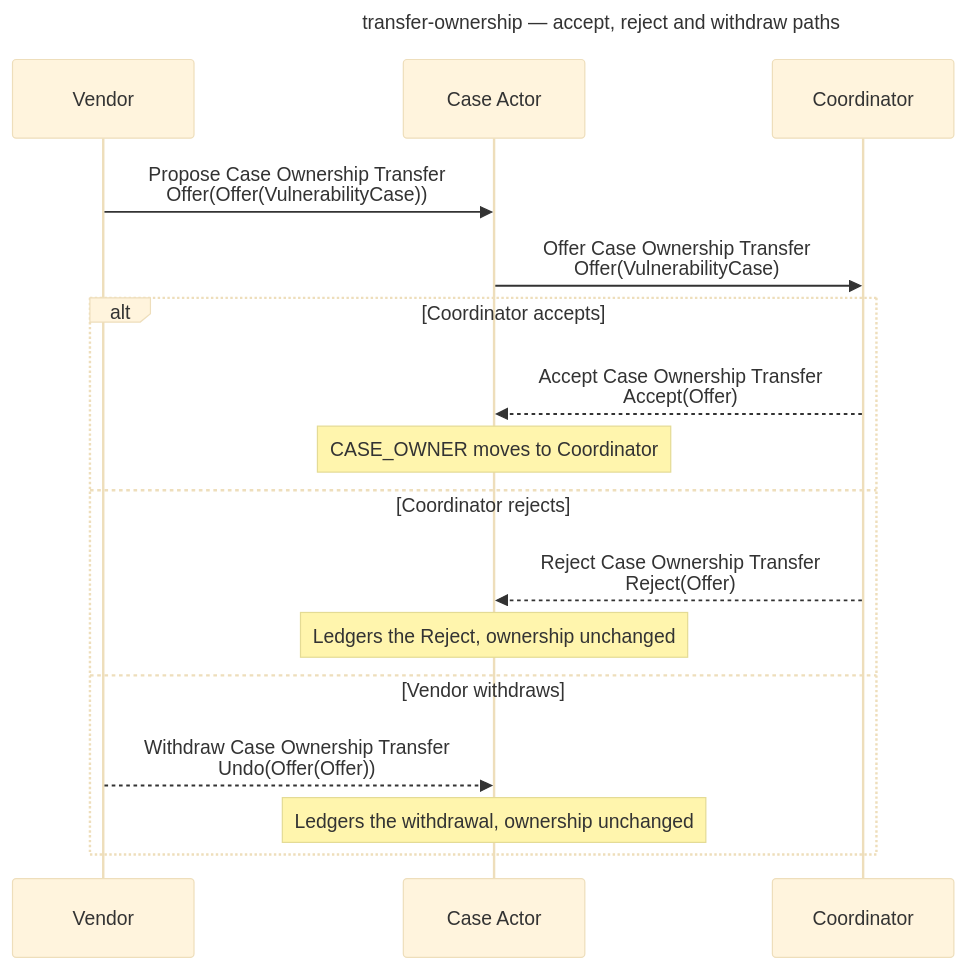
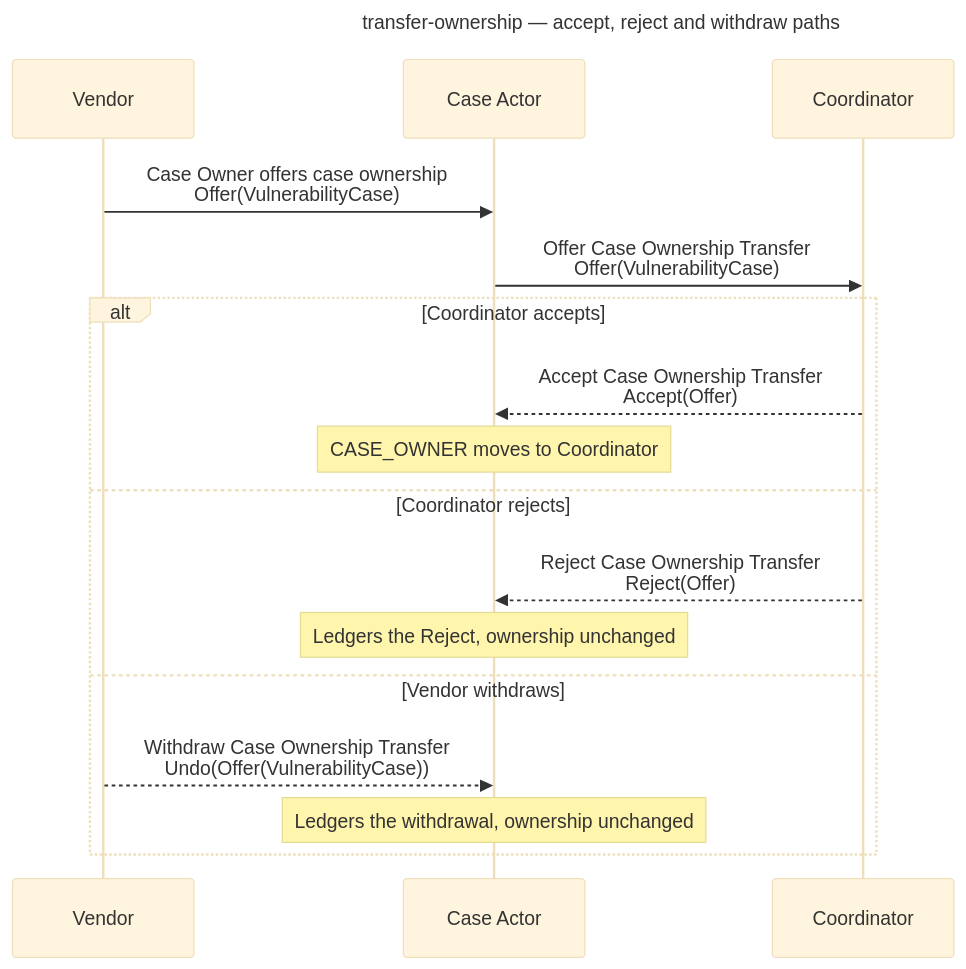
The fourth of 9 diagrams in docs/tutorials/other_demos.md (CERTCC/Vultron), drawn with Mermaid (base theme) before and after one commit. The commit also changed 97 other files, not shown here.

First line of the commit message:
feat(ownership): the Case Owner offers ownership with its own flat Offer

````diff
--- a/docs/tutorials/other_demos.md
+++ b/docs/tutorials/other_demos.md
@@ -228,22 +228,22 @@
 ```mermaid
 ---
 title: transfer-ownership — accept, reject and withdraw paths
 ---
 sequenceDiagram
     participant V as Vendor
     participant CA as Case Actor
     participant C as Coordinator
 
-    V->>CA: Propose Case Ownership Transfer<br/>Offer(Offer(VulnerabilityCase))
+    V->>CA: Case Owner offers case ownership<br/>Offer(VulnerabilityCase)
     CA->>C: Offer Case Ownership Transfer<br/>Offer(VulnerabilityCase)
     alt Coordinator accepts
         C-->>CA: Accept Case Ownership Transfer<br/>Accept(Offer)
         Note over CA: CASE_OWNER moves to Coordinator
     else Coordinator rejects
         C-->>CA: Reject Case Ownership Transfer<br/>Reject(Offer)
         Note over CA: Ledgers the Reject, ownership unchanged
     else Vendor withdraws
-        V-->>CA: Withdraw Case Ownership Transfer<br/>Undo(Offer(Offer))
+        V-->>CA: Withdraw Case Ownership Transfer<br/>Undo(Offer(VulnerabilityCase))
         Note over CA: Ledgers the withdrawal, ownership unchanged
     end
 ```
````
